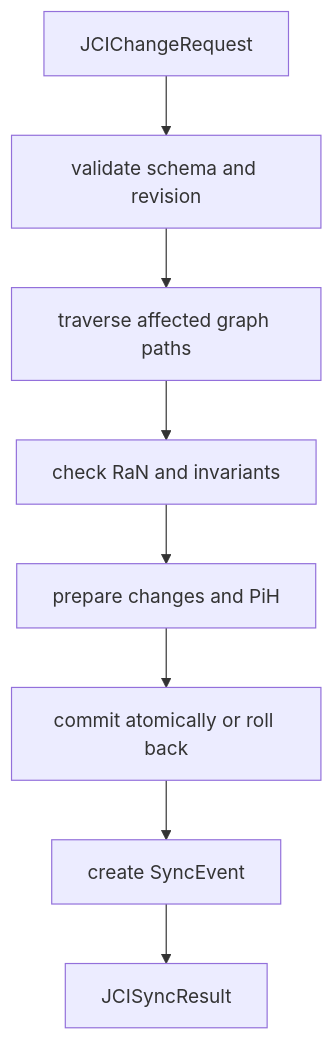
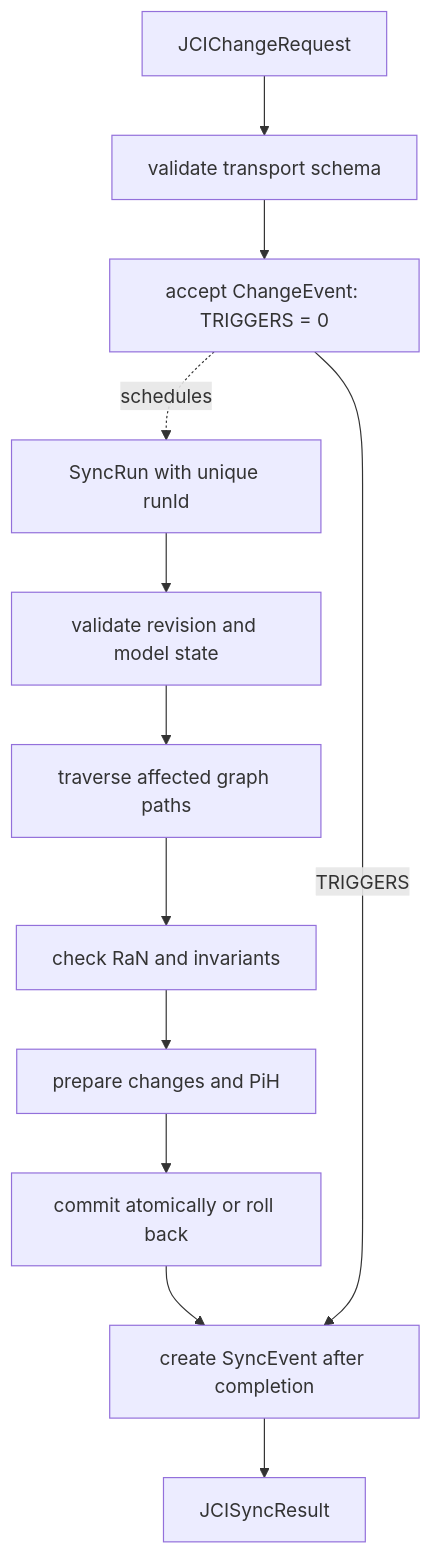
The diagram in docs/en/guides/JCI_IMPLEMENTATION_GUIDE.md (eeimicke/junaco-jci-loop), drawn with Mermaid before and after one commit. The commit also changed other lines of this file and 29 other files, not shown here.

````diff
--- a/docs/en/guides/JCI_IMPLEMENTATION_GUIDE.md
+++ b/docs/en/guides/JCI_IMPLEMENTATION_GUIDE.md
@@ -25,10 +41,14 @@
 ```mermaid
 flowchart TD
-    Request[JCIChangeRequest] --> Validate[validate schema and revision]
+    Request[JCIChangeRequest] --> Transport[validate transport schema]
+    Transport --> ChangeEvent[accept ChangeEvent: TRIGGERS = 0]
+    ChangeEvent -. schedules .-> Run[SyncRun with unique runId]
+    Run --> Validate[validate revision and model state]
     Validate --> Traverse[traverse affected graph paths]
     Traverse --> Rules[check RaN and invariants]
     Rules --> Prepare[prepare changes and PiH]
     Prepare --> Commit[commit atomically or roll back]
-    Commit --> Event[create SyncEvent]
+    Commit --> Event[create SyncEvent after completion]
+    ChangeEvent -->|TRIGGERS| Event
     Event --> Result[JCISyncResult]
 ```
````
